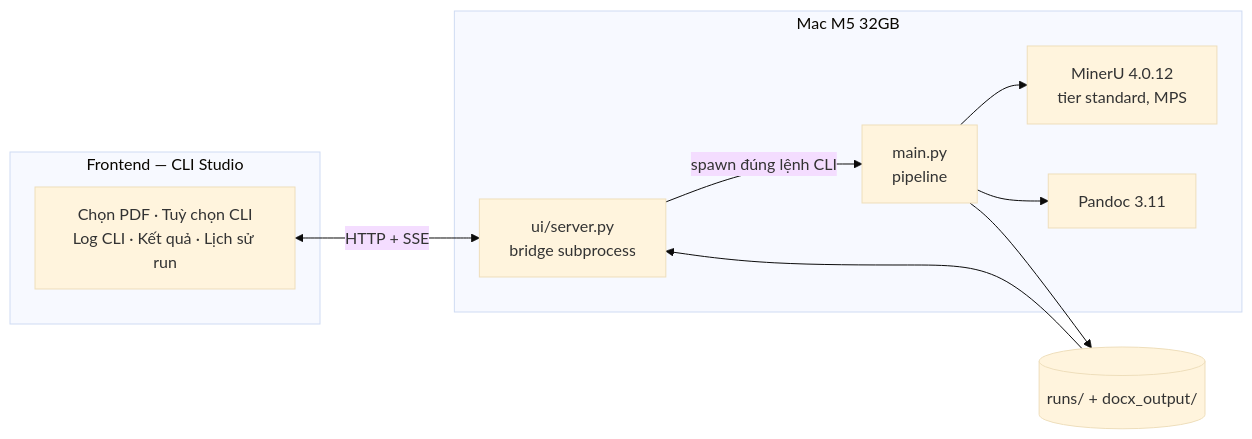
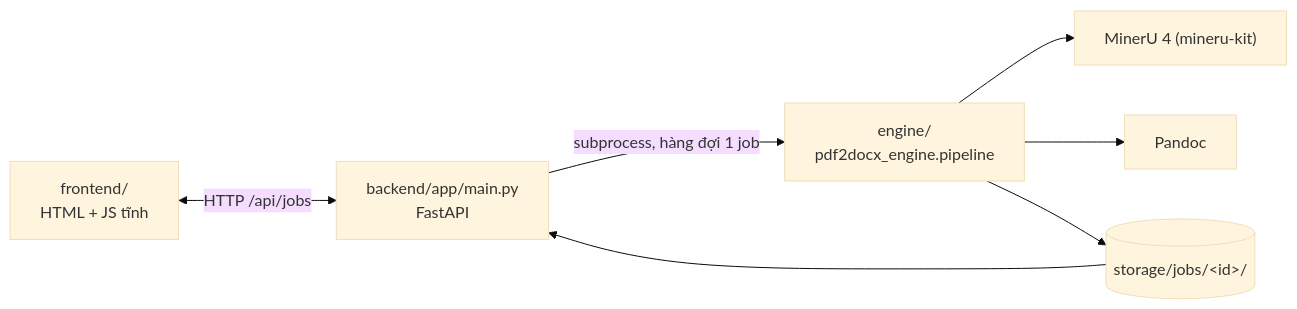
Before and after one commit to ducnhan123-co/DO_AN_CONG_NGHE_LAP_TRINH_HIEN_DAI_SGU_2026: the second of 2 diagrams in Readme.md, drawn with Mermaid (base theme). The commit also changed other lines of this file and 30 other files, not shown here.

First line of the commit message:
refactor: tach engine/backend/frontend, loi xu ly theo nhanh kiet

````diff
--- a/Readme.md
+++ b/Readme.md
@@ -91,20 +91,9 @@
 ```mermaid
 flowchart LR
-    subgraph UI["Frontend — CLI Studio"]
-        FE["Chọn PDF · Tuỳ chọn CLI<br/>Log CLI · Kết quả · Lịch sử run"]
-    end
-
-    subgraph Host["Mac M5 32GB"]
-        BR["ui/server.py<br/>bridge subprocess"]
-        CLI["main.py<br/>pipeline"]
-        MU["MinerU 4.0.12<br/>tier standard, MPS"]
-        PD["Pandoc 3.11"]
-    end
-
-    FE <-->|"HTTP + SSE"| BR
-    BR -->|"spawn đúng lệnh CLI"| CLI
-    CLI --> MU
-    CLI --> PD
-    CLI --> OUT[("runs/ + docx_output/")]
-    OUT --> BR
+    FE["frontend/<br/>HTML + JS tĩnh"] <-->|"HTTP /api/jobs"| BE["backend/app/main.py<br/>FastAPI"]
+    BE -->|"subprocess, hàng đợi 1 job"| EN["engine/<br/>pdf2docx_engine.pipeline"]
+    EN --> MU["MinerU 4 (mineru-kit)"]
+    EN --> PD["Pandoc"]
+    EN --> ST[("storage/jobs/&lt;id&gt;/")]
+    ST --> BE
 ```
````
